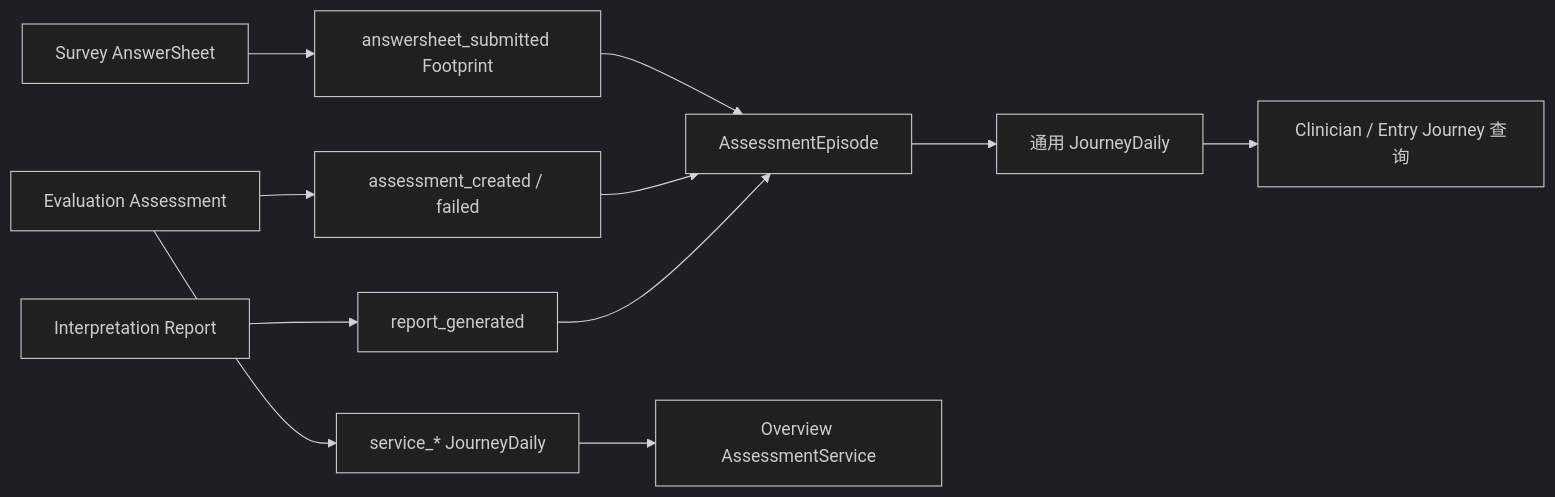
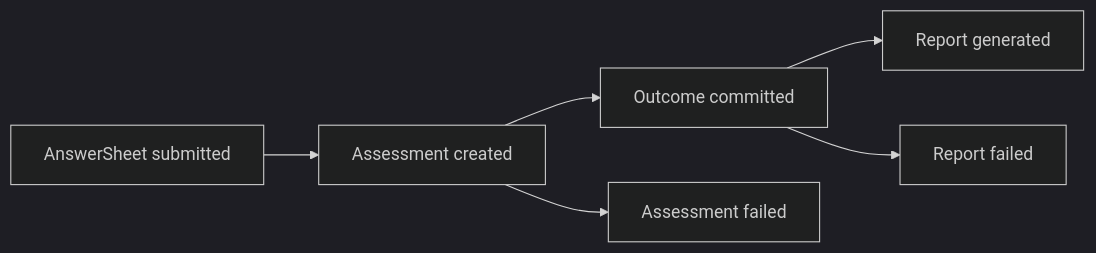
One commit to FangcunMount/qs-server changed the third of 5 diagrams in docs/02-业务模块/70-statistics/30-关键链路-从业务数据到统计查询.md. Above: the diagram before and after it, drawn with Mermaid (dark theme). The commit also changed other lines of this file and 10 other files, not shown here.

First line of the commit message:
refactor(statistics): overhaul Statistics V2 architecture and data flow

````diff
--- a/docs/02-业务模块/70-statistics/30-关键链路-从业务数据到统计查询.md
+++ b/docs/02-业务模块/70-statistics/30-关键链路-从业务数据到统计查询.md
@@ -103,13 +120,8 @@
 ```mermaid
 flowchart LR
-    AS["Survey AnswerSheet"] --> BS["answersheet_submitted Footprint"]
-    A["Evaluation Assessment"] --> AC["assessment_created / failed"]
-    R["Interpretation Report"] --> RG["report_generated"]
-    BS --> E["AssessmentEpisode"]
-    AC --> E
-    RG --> E
-    E --> J["通用 JourneyDaily"]
-    A --> S["service_* JourneyDaily"]
-    J --> Detail["Clinician / Entry Journey 查询"]
-    S --> Overview["Overview AssessmentService"]
+    AS["AnswerSheet submitted"] --> A["Assessment created"]
+    A --> O["Outcome committed"]
+    A --> AF["Assessment failed"]
+    O --> R["Report generated"]
+    O --> RF["Report failed"]
 ```
````
